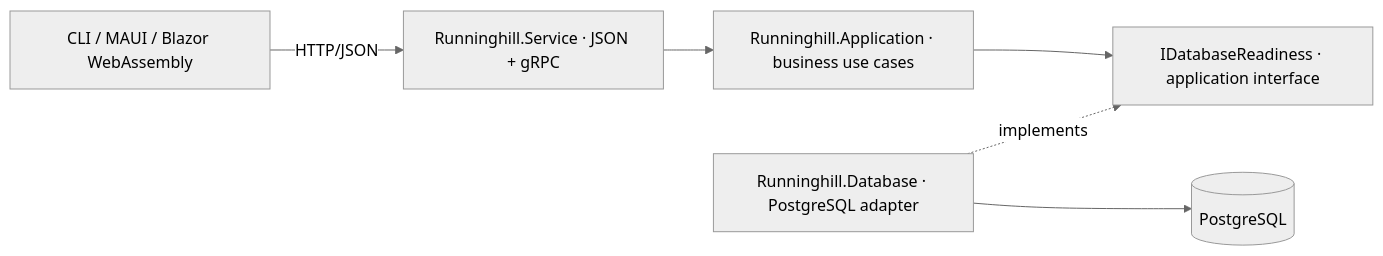
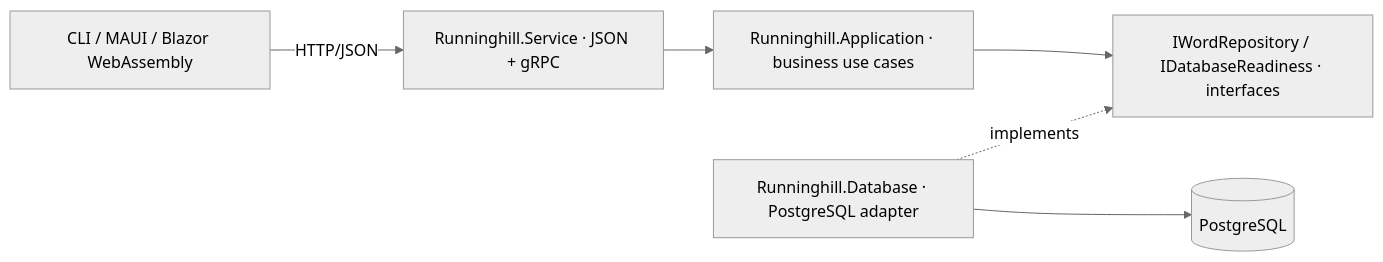
The diagram in README.md (MichaelTolmay/Runninghill), drawn with Mermaid (neutral theme) before and after one commit. The commit also changed other lines of this file and 62 other files, not shown here.

````diff
--- a/README.md
+++ b/README.md
@@ -9,8 +12,8 @@
 ```mermaid
 flowchart LR
     UI[CLI / MAUI / Blazor WebAssembly] -->|HTTP/JSON| Service[Runninghill.Service · JSON + gRPC]
     Service --> App[Runninghill.Application · business use cases]
-    App --> Port[IDatabaseReadiness · application interface]
+    App --> Port[IWordRepository / IDatabaseReadiness · interfaces]
     Adapter[Runninghill.Database · PostgreSQL adapter] -. implements .-> Port
     Adapter --> DB[(PostgreSQL)]
 ```
````
